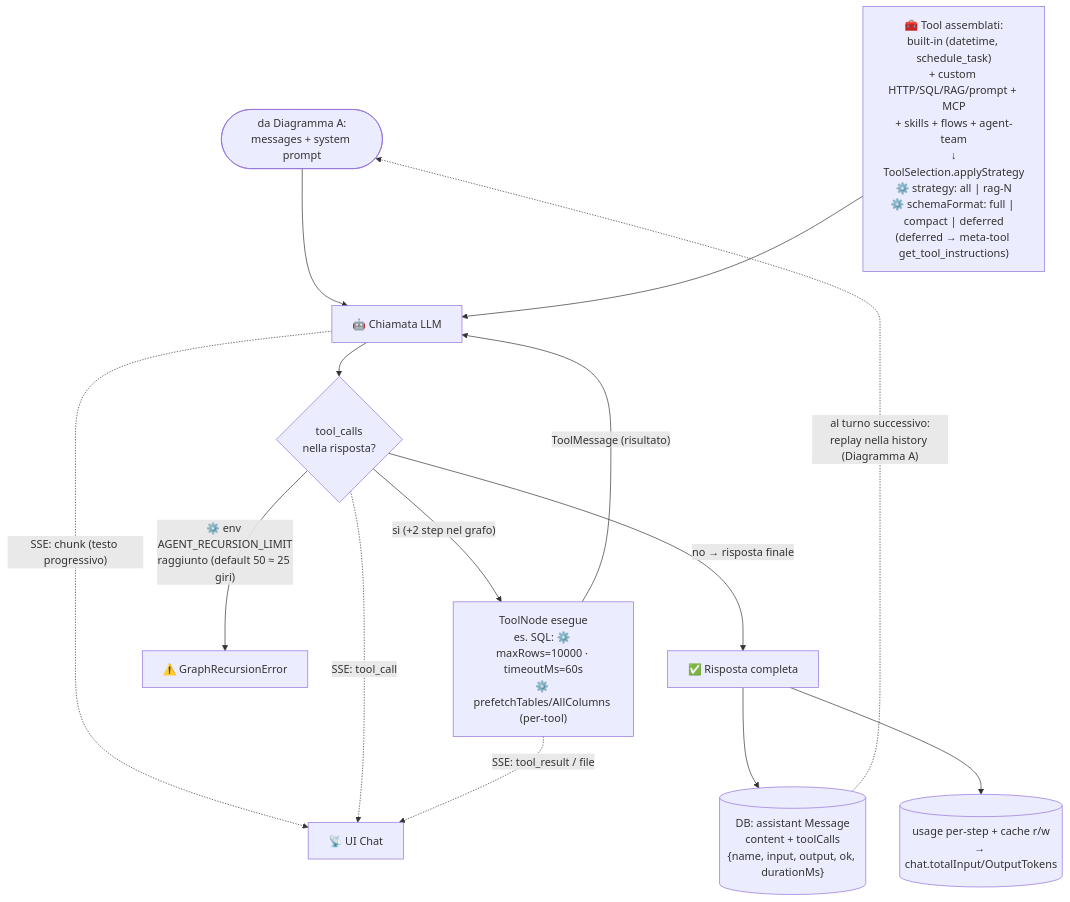
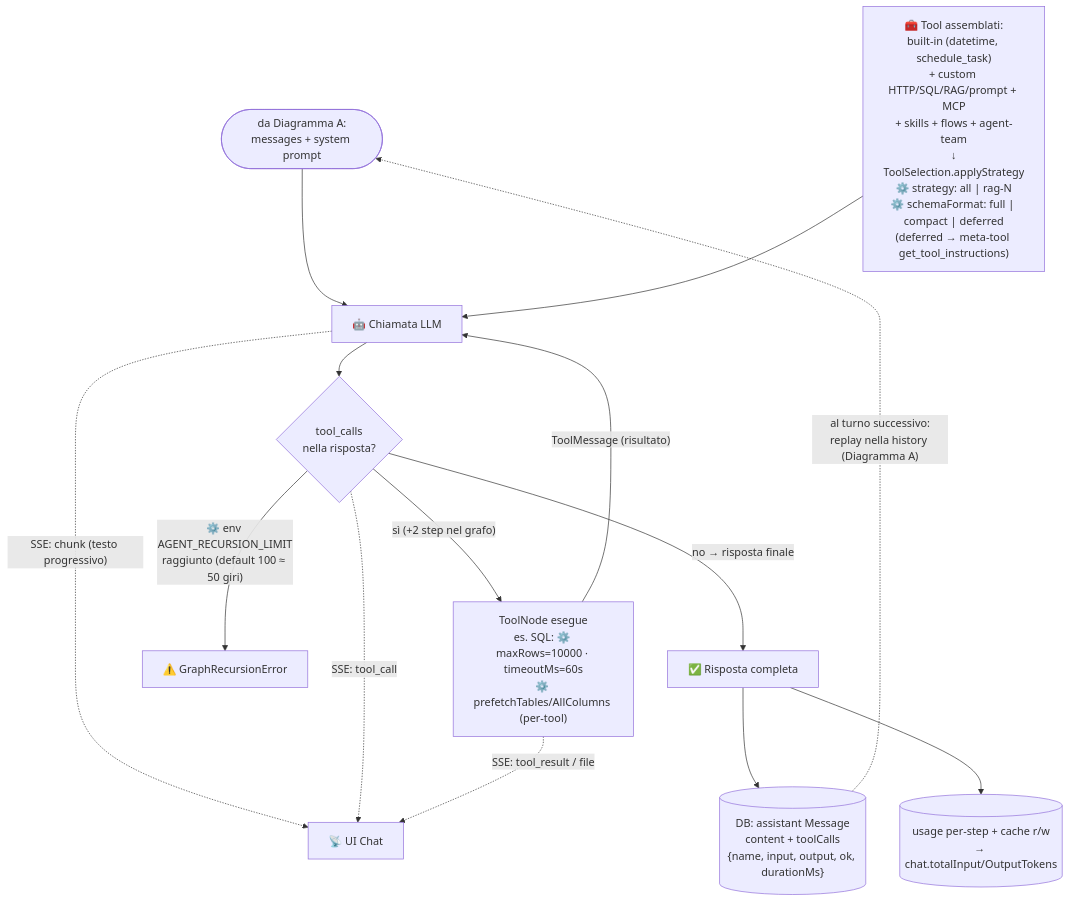
The fourth of 4 diagrams in docs/DATAFLOW_AGENT_it.md (arkimedehq/arkimede), drawn with Mermaid before and after one commit. The commit also changed other lines of this file and 94 other files, not shown here.

````diff
--- a/docs/DATAFLOW_AGENT_it.md
+++ b/docs/DATAFLOW_AGENT_it.md
@@ -151,24 +151,24 @@
 ```mermaid
 flowchart TB
 
 CTX(["da Diagramma A:<br/>messages + system prompt"]) --> LLM
 
 TOOLS["🧰 Tool assemblati:<br/>built-in (datetime, schedule_task)<br/>+ custom HTTP/SQL/RAG/prompt + MCP<br/>+ skills + flows + agent-team<br/>↓<br/>ToolSelection.applyStrategy<br/>⚙️ strategy: all | rag-N<br/>⚙️ schemaFormat: full | compact | deferred<br/>(deferred → meta-tool get_tool_instructions)"]
 TOOLS --> LLM
 
 LLM["🤖 Chiamata LLM"] --> DEC{"tool_calls<br/>nella risposta?"}
 
 DEC -- "sì (+2 step nel grafo)" --> EXEC["ToolNode esegue<br/>es. SQL: ⚙️ maxRows=10000 · timeoutMs=60s<br/>⚙️ prefetchTables/AllColumns (per-tool)"]
 EXEC -- "ToolMessage (risultato)" --> LLM
 
-DEC -- "⚙️ env AGENT_RECURSION_LIMIT<br/>raggiunto (default 50 ≈ 25 giri)" --> RERR["⚠️ GraphRecursionError"]
+DEC -- "⚙️ env AGENT_RECURSION_LIMIT<br/>raggiunto (default 100 ≈ 50 giri)" --> RERR["⚠️ GraphRecursionError"]
 DEC -- "no → risposta finale" --> OUT["✅ Risposta completa"]
 
 LLM -. "SSE: chunk (testo progressivo)" .-> SSE["📡 UI Chat"]
 DEC -. "SSE: tool_call" .-> SSE
 EXEC -. "SSE: tool_result / file" .-> SSE
 
 OUT --> SAVE[("DB: assistant Message<br/>content + toolCalls<br/>{name, input, output, ok, durationMs}")]
 OUT --> TOK[("usage per-step + cache r/w<br/>→ chat.totalInput/OutputTokens")]
 SAVE -. "al turno successivo:<br/>replay nella history (Diagramma A)" .-> CTX
 ```
````
